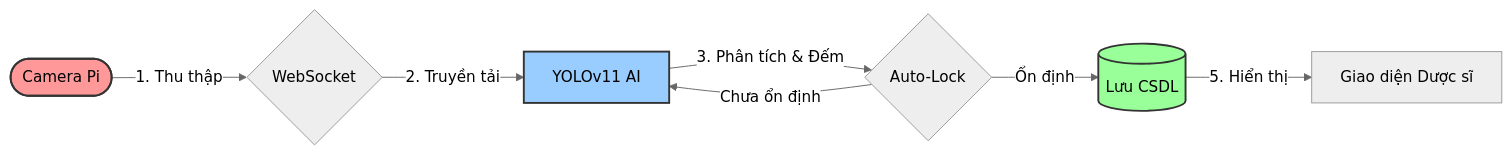
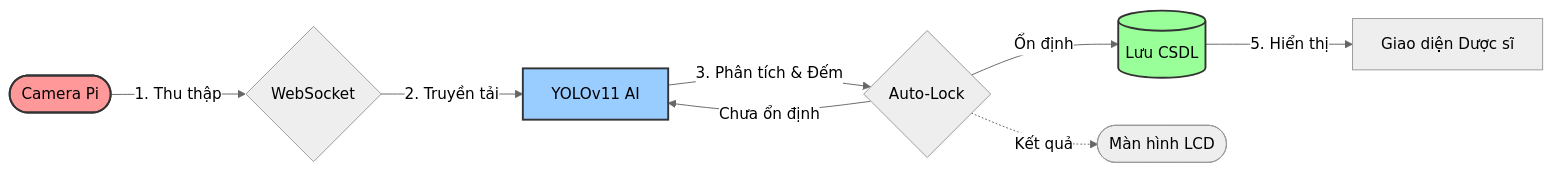
Before and after one commit to pbl4-hotrodemthuoc/PILL-COUNTER-PROJECT: the second of 3 diagrams in README_VI.md, drawn with Mermaid (neutral theme). The commit also changed other lines of this file, not shown here.

Commit message:
Document LCD Screen component

````diff
--- a/README_VI.md
+++ b/README_VI.md
@@ -98,15 +100,16 @@
 ```mermaid
 flowchart LR
     CAM([Camera Pi]) -->|1. Thu thập| WS{WebSocket}
     WS -->|2. Truyền tải| YOLO[YOLOv11 AI]
     YOLO -->|3. Phân tích & Đếm| LOCK{Auto-Lock}
     
     LOCK --Ổn định--> SAVE[(Lưu CSDL)]
     LOCK --Chưa ổn định--> YOLO
     
     SAVE -->|5. Hiển thị| UI[Giao diện Dược sĩ]
+    LOCK -.->|Kết quả| LCD([Màn hình LCD])
     
     style CAM fill:#ff9999,stroke:#333,stroke-width:2px
     style YOLO fill:#99ccff,stroke:#333,stroke-width:2px
     style SAVE fill:#99ff99,stroke:#333,stroke-width:2px
 ```
````
